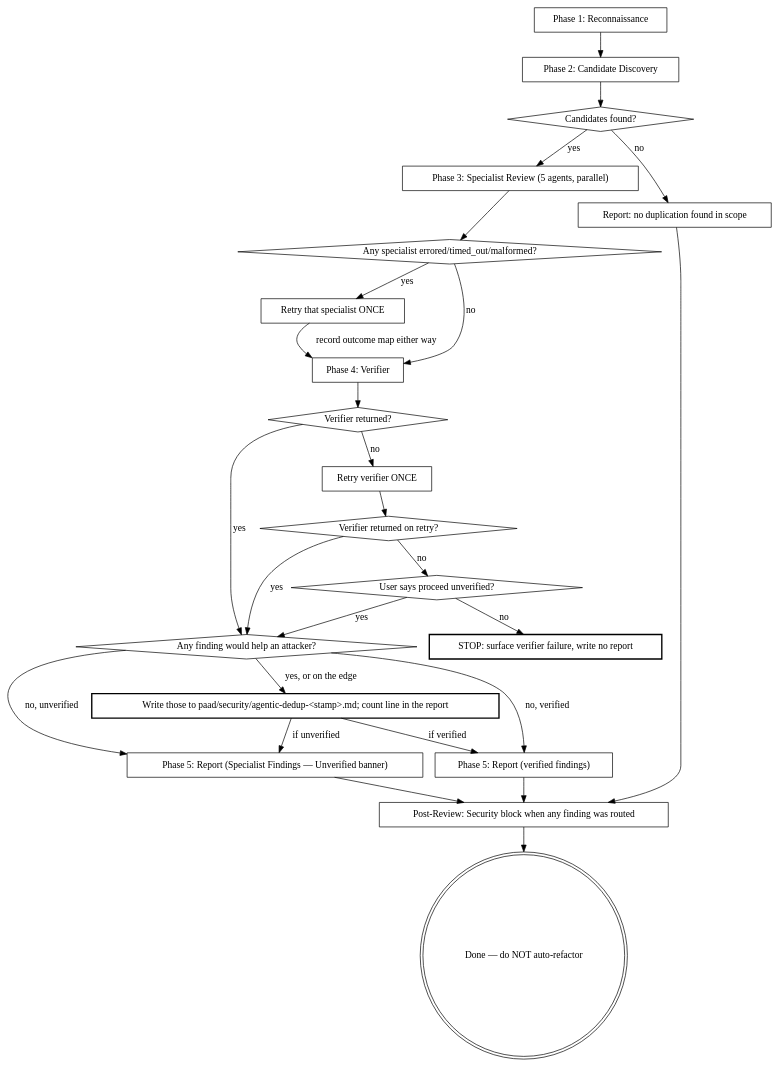
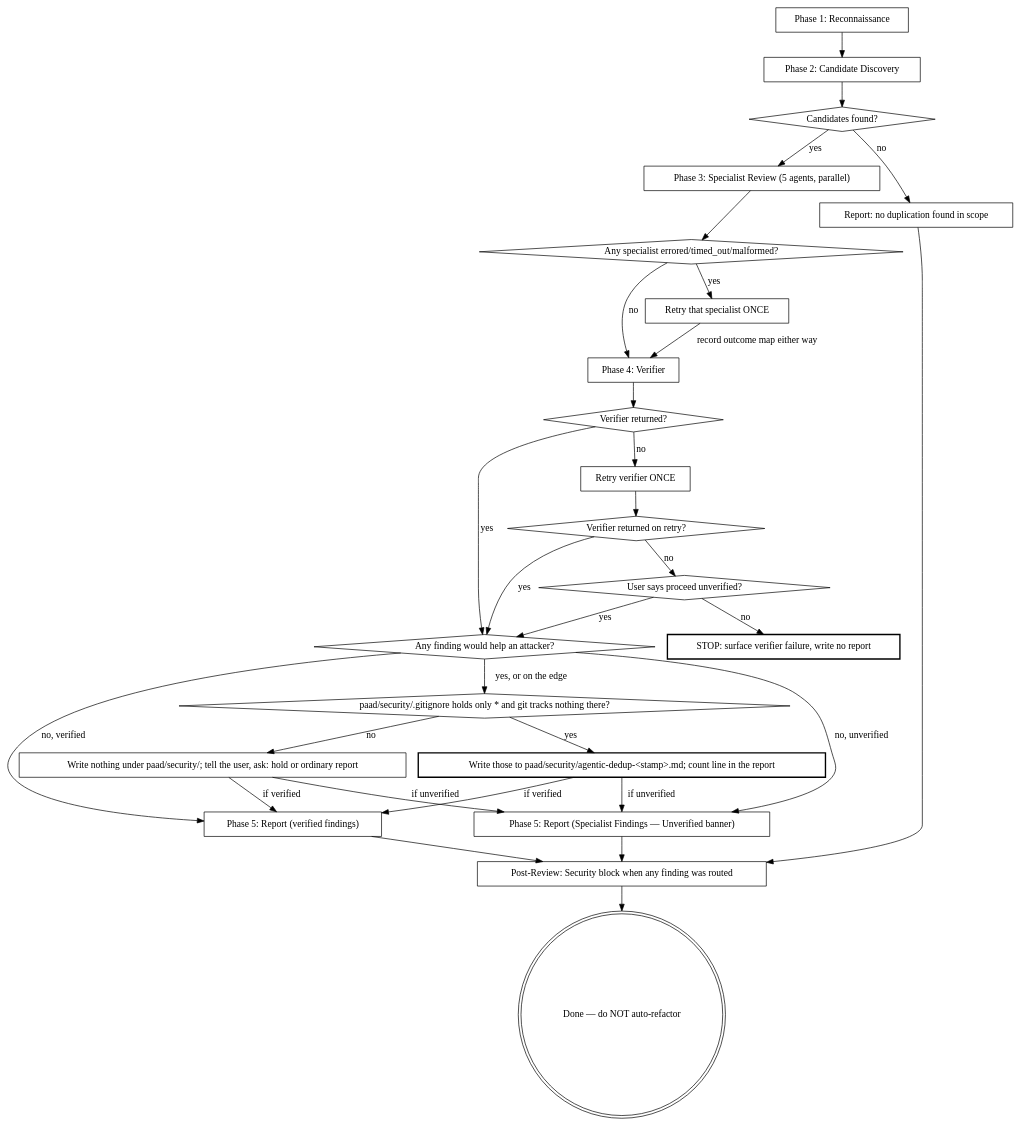
Before and after one commit to Ovid/paad: the second of 2 diagrams in preview/paad/skills/agentic-dedup/SKILL.md, drawn with Graphviz. The commit also changed 5 other files, not shown here.

First line of the commit message:
Producer digraphs: gate every paad/security/ write on the .gitignore check

````diff
--- a/preview/paad/skills/agentic-dedup/SKILL.md
+++ b/preview/paad/skills/agentic-dedup/SKILL.md
@@ -49,49 +49,55 @@
 ```dot
 digraph session {
   "Phase 1: Reconnaissance" [shape=box];
   "Phase 2: Candidate Discovery" [shape=box];
   "Candidates found?" [shape=diamond];
   "Phase 3: Specialist Review (5 agents, parallel)" [shape=box];
   "Any specialist errored/timed_out/malformed?" [shape=diamond];
   "Retry that specialist ONCE" [shape=box];
   "Phase 4: Verifier" [shape=box];
   "Verifier returned?" [shape=diamond];
   "Retry verifier ONCE" [shape=box];
   "Verifier returned on retry?" [shape=diamond];
   "User says proceed unverified?" [shape=diamond];
   "STOP: surface verifier failure, write no report" [shape=box, style=bold];
   "Phase 5: Report (verified findings)" [shape=box];
   "Phase 5: Report (Specialist Findings — Unverified banner)" [shape=box];
   "Report: no duplication found in scope" [shape=box];
   "Any finding would help an attacker?" [shape=diamond];
   "Write those to paad/security/agentic-dedup-<stamp>.md; count line in the report" [shape=box, style=bold];
+  "paad/security/.gitignore holds only * and git tracks nothing there?" [shape=diamond];
+  "Write nothing under paad/security/; tell the user, ask: hold or ordinary report" [shape=box];
   "Post-Review: Security block when any finding was routed" [shape=box];
   "Done — do NOT auto-refactor" [shape=doublecircle];
 
   "Phase 1: Reconnaissance" -> "Phase 2: Candidate Discovery";
   "Phase 2: Candidate Discovery" -> "Candidates found?";
   "Candidates found?" -> "Report: no duplication found in scope" [label="no"];
   "Candidates found?" -> "Phase 3: Specialist Review (5 agents, parallel)" [label="yes"];
   "Phase 3: Specialist Review (5 agents, parallel)" -> "Any specialist errored/timed_out/malformed?";
   "Any specialist errored/timed_out/malformed?" -> "Retry that specialist ONCE" [label="yes"];
   "Retry that specialist ONCE" -> "Phase 4: Verifier" [label="record outcome map either way"];
   "Any specialist errored/timed_out/malformed?" -> "Phase 4: Verifier" [label="no"];
   "Phase 4: Verifier" -> "Verifier returned?";
   "Verifier returned?" -> "Any finding would help an attacker?" [label="yes"];
   "Verifier returned?" -> "Retry verifier ONCE" [label="no"];
   "Retry verifier ONCE" -> "Verifier returned on retry?";
   "Verifier returned on retry?" -> "Any finding would help an attacker?" [label="yes"];
   "Verifier returned on retry?" -> "User says proceed unverified?" [label="no"];
   "User says proceed unverified?" -> "Any finding would help an attacker?" [label="yes"];
   "User says proceed unverified?" -> "STOP: surface verifier failure, write no report" [label="no"];
-  "Any finding would help an attacker?" -> "Write those to paad/security/agentic-dedup-<stamp>.md; count line in the report" [label="yes, or on the edge"];
+  "Any finding would help an attacker?" -> "paad/security/.gitignore holds only * and git tracks nothing there?" [label="yes, or on the edge"];
   "Any finding would help an attacker?" -> "Phase 5: Report (verified findings)" [label="no, verified"];
   "Any finding would help an attacker?" -> "Phase 5: Report (Specialist Findings — Unverified banner)" [label="no, unverified"];
   "Write those to paad/security/agentic-dedup-<stamp>.md; count line in the report" -> "Phase 5: Report (verified findings)" [label="if verified"];
   "Write those to paad/security/agentic-dedup-<stamp>.md; count line in the report" -> "Phase 5: Report (Specialist Findings — Unverified banner)" [label="if unverified"];
+  "paad/security/.gitignore holds only * and git tracks nothing there?" -> "Write those to paad/security/agentic-dedup-<stamp>.md; count line in the report" [label="yes"];
+  "paad/security/.gitignore holds only * and git tracks nothing there?" -> "Write nothing under paad/security/; tell the user, ask: hold or ordinary report" [label="no"];
+  "Write nothing under paad/security/; tell the user, ask: hold or ordinary report" -> "Phase 5: Report (verified findings)" [label="if verified"];
+  "Write nothing under paad/security/; tell the user, ask: hold or ordinary report" -> "Phase 5: Report (Specialist Findings — Unverified banner)" [label="if unverified"];
   "Report: no duplication found in scope" -> "Post-Review: Security block when any finding was routed";
   "Phase 5: Report (verified findings)" -> "Post-Review: Security block when any finding was routed";
   "Phase 5: Report (Specialist Findings — Unverified banner)" -> "Post-Review: Security block when any finding was routed";
   "Post-Review: Security block when any finding was routed" -> "Done — do NOT auto-refactor";
 }
 ```
````
